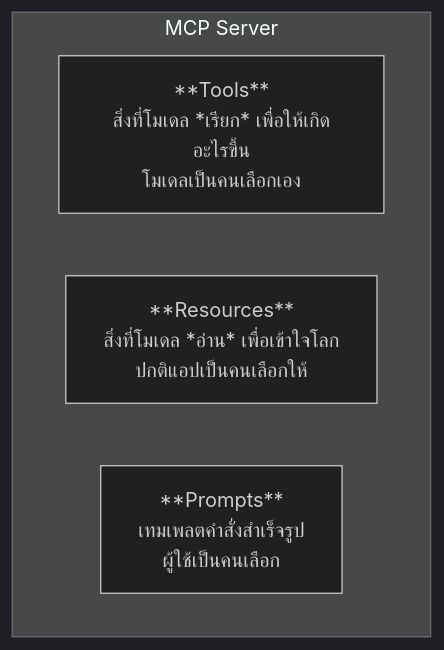
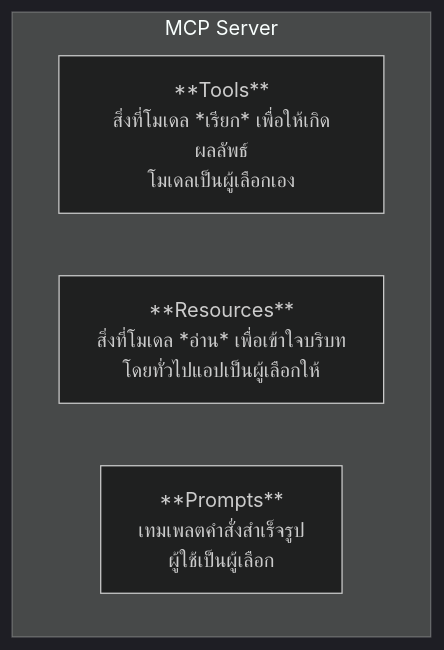
The fourth of 6 diagrams in INSTRUCTIONS/day3/01-module7-mcp-architecture.md (LLM-CE-KMITL/mcp-workshop), drawn with Mermaid (dark theme) before and after one commit. The commit also changed other lines of this file and 53 other files, not shown here.

````diff
--- a/INSTRUCTIONS/day3/01-module7-mcp-architecture.md
+++ b/INSTRUCTIONS/day3/01-module7-mcp-architecture.md
@@ -88,8 +88,8 @@
 ```mermaid
 flowchart TB
     subgraph MCP["MCP Server"]
-        T["**Tools**<br/>สิ่งที่โมเดล *เรียก* เพื่อให้เกิดอะไรขึ้น<br/>โมเดลเป็นคนเลือกเอง"]
-        R["**Resources**<br/>สิ่งที่โมเดล *อ่าน* เพื่อเข้าใจโลก<br/>ปกติแอปเป็นคนเลือกให้"]
-        P["**Prompts**<br/>เทมเพลตคำสั่งสำเร็จรูป<br/>ผู้ใช้เป็นคนเลือก"]
+        T["**Tools**<br/>สิ่งที่โมเดล *เรียก* เพื่อให้เกิดผลลัพธ์<br/>โมเดลเป็นผู้เลือกเอง"]
+        R["**Resources**<br/>สิ่งที่โมเดล *อ่าน* เพื่อเข้าใจบริบท<br/>โดยทั่วไปแอปเป็นผู้เลือกให้"]
+        P["**Prompts**<br/>เทมเพลตคำสั่งสำเร็จรูป<br/>ผู้ใช้เป็นผู้เลือก"]
     end
 ```
````
